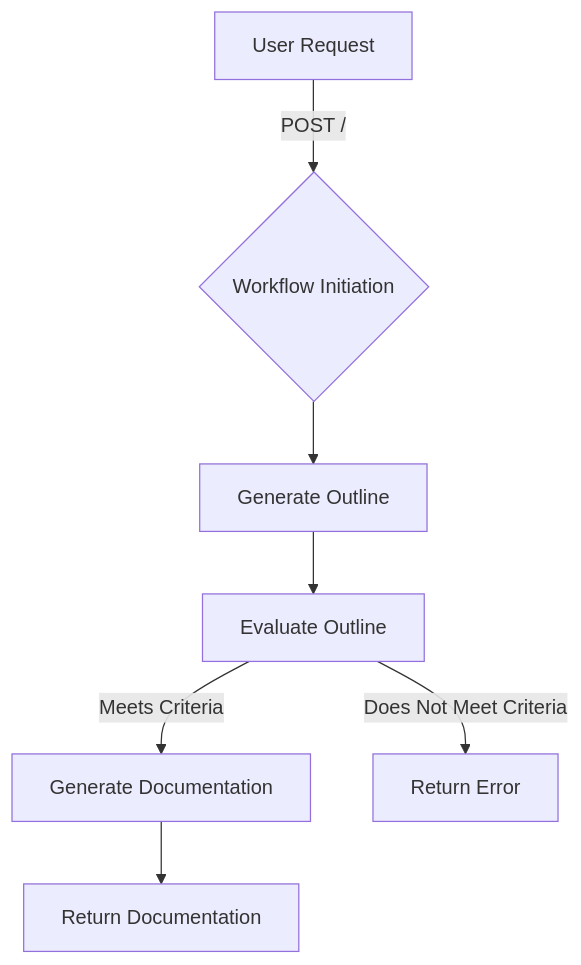
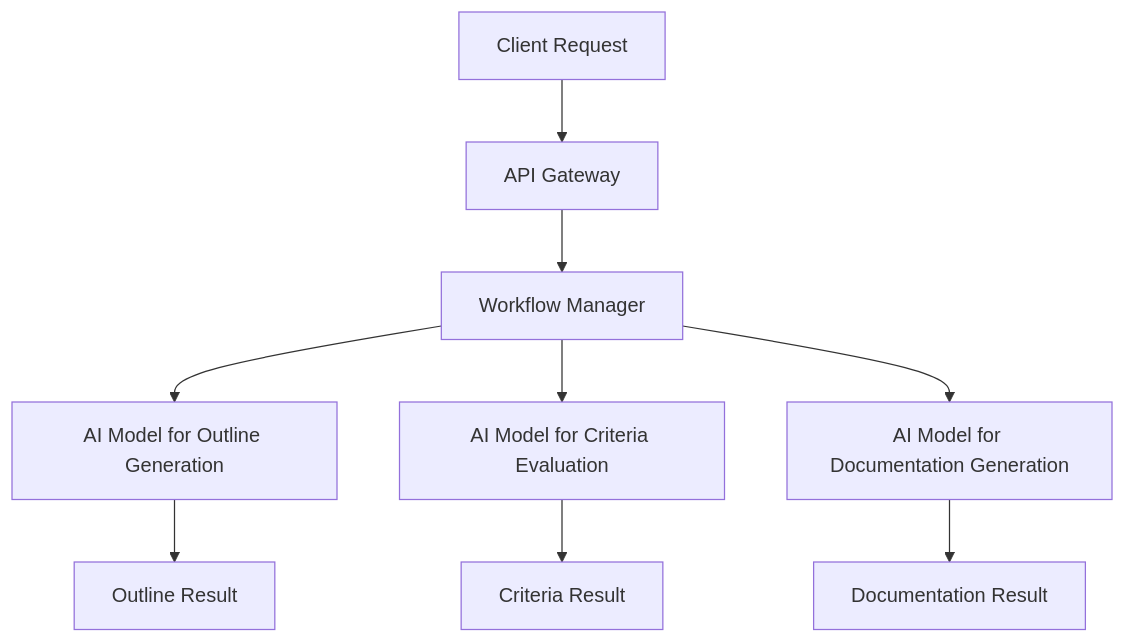
The first of 2 diagrams in apps/prompt-chaining/README.md (reeawnc/cloudflare), drawn with Mermaid before and after one commit. The commit also changed other lines of this file and 18 other files, not shown here.

````diff
--- a/apps/prompt-chaining/README.md
+++ b/apps/prompt-chaining/README.md
@@ -64,9 +69,11 @@
 ```mermaid
 graph TD;
-    A[User Request] -->|POST /| B{Workflow Initiation}
-    B --> C[Generate Outline]
-    C --> D[Evaluate Outline]
-    D -->|Meets Criteria| E[Generate Documentation]
-    D -->|Does Not Meet Criteria| F[Return Error]
-    E --> G[Return Documentation]
+    A[Client Request] --> B[API Gateway];
+    B --> C[Workflow Manager];
+    C --> D[AI Model for Outline Generation];
+    C --> E[AI Model for Criteria Evaluation];
+    C --> F[AI Model for Documentation Generation];
+    D --> G[Outline Result];
+    E --> H[Criteria Result];
+    F --> I[Documentation Result];
 ```
````
